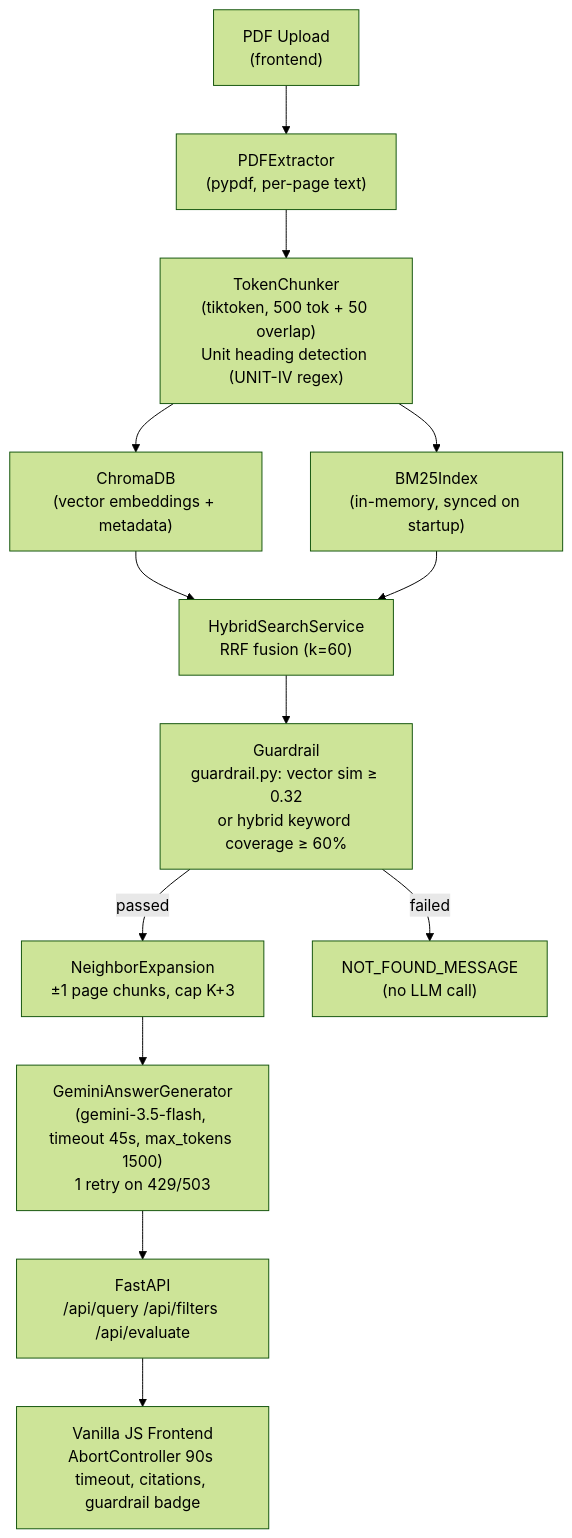
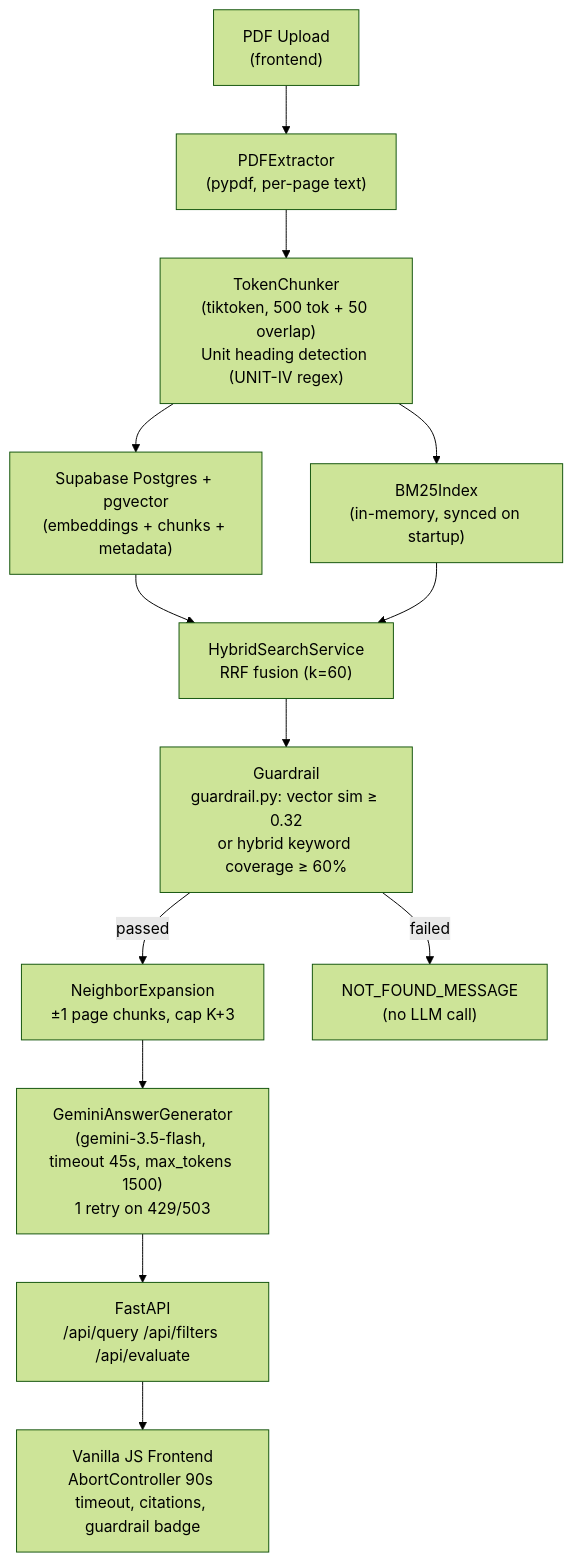
The diagram in README.md (Mukesh728/arise-rag-pro), drawn with Mermaid (forest theme) before and after one commit. The commit also changed other lines of this file and 14 other files, not shown here.

Commit message:
feat: migrate durable RAG storage to Supabase pgvector

````diff
--- a/README.md
+++ b/README.md
@@ -24,14 +24,14 @@
 ```mermaid
 flowchart TD
     A["PDF Upload\n(frontend)"] --> B["PDFExtractor\n(pypdf, per-page text)"]
     B --> C["TokenChunker\n(tiktoken, 500 tok + 50 overlap)\nUnit heading detection (UNIT-IV regex)"]
-    C --> D["ChromaDB\n(vector embeddings + metadata)"]
+    C --> D["Supabase Postgres + pgvector\n(embeddings + chunks + metadata)"]
     C --> E["BM25Index\n(in-memory, synced on startup)"]
     D & E --> F["HybridSearchService\nRRF fusion (k=60)"]
     F --> G["Guardrail\nguardrail.py: vector sim ≥ 0.32\nor hybrid keyword coverage ≥ 60%"]
     G -->|"passed"| H["NeighborExpansion\n±1 page chunks, cap K+3"]
     G -->|"failed"| I["NOT_FOUND_MESSAGE\n(no LLM call)"]
     H --> J["GeminiAnswerGenerator\n(gemini-3.5-flash, timeout 45s, max_tokens 1500)\n1 retry on 429/503"]
     J --> K["FastAPI\n/api/query /api/filters /api/evaluate"]
     K --> L["Vanilla JS Frontend\nAbortController 90s timeout, citations, guardrail badge"]
 ```
````
